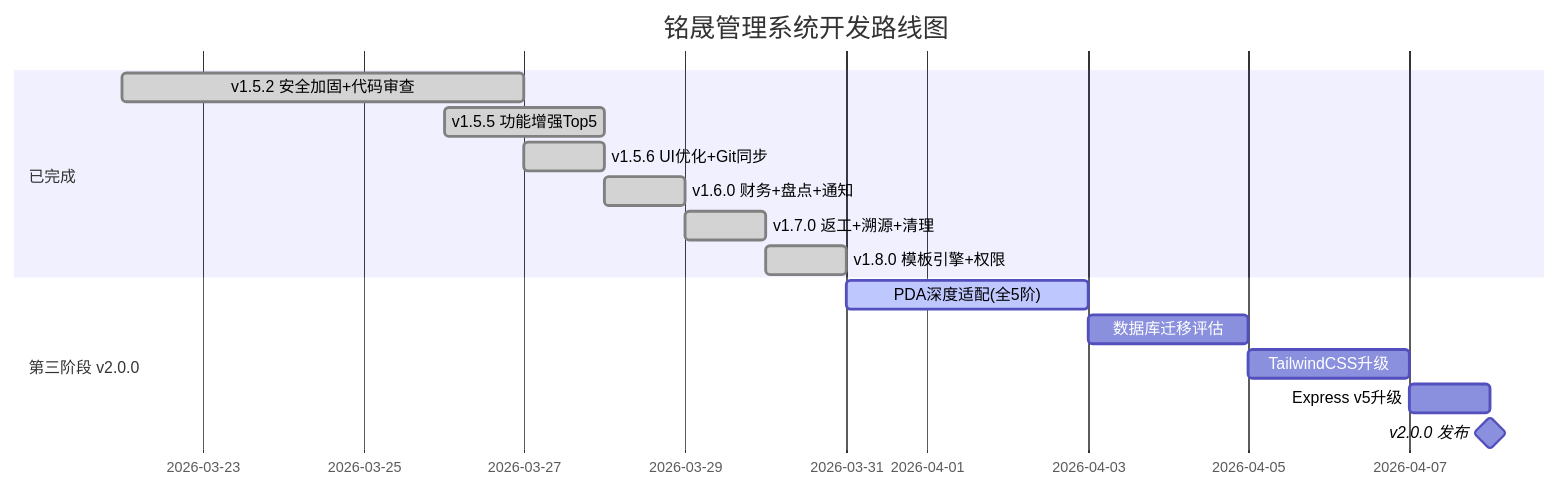
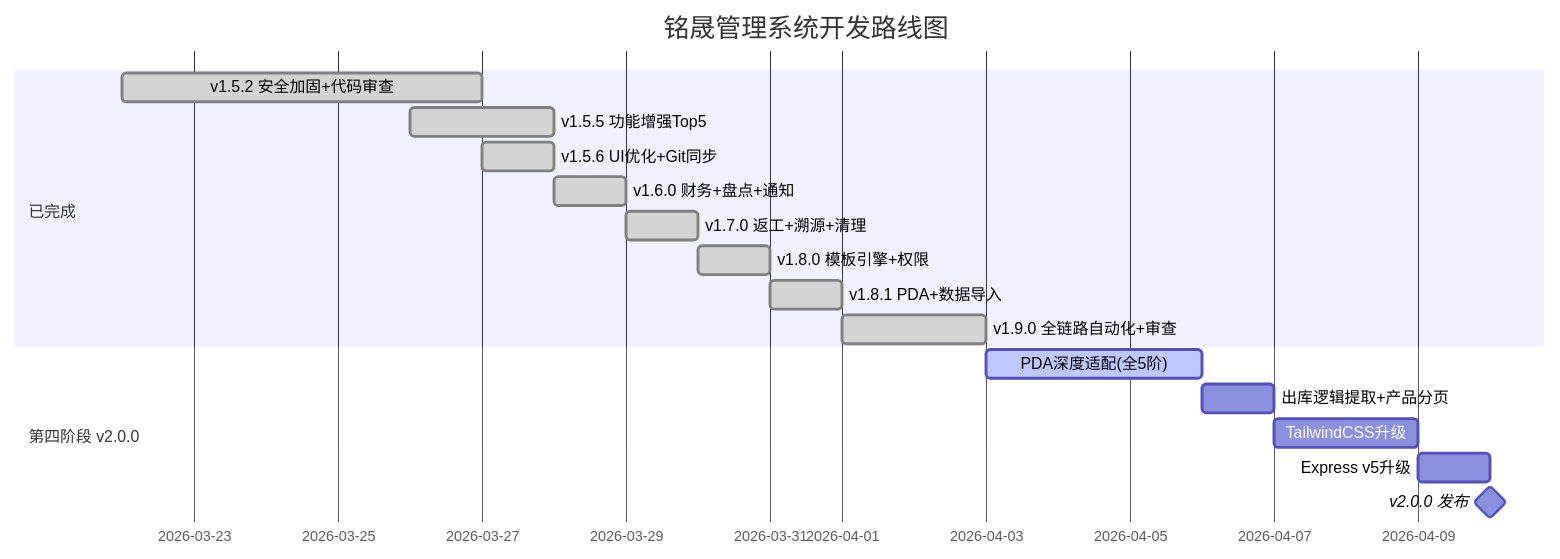
Before and after one commit to sun19990529-code/-erp: the diagram in optimization_roadmap.md, drawn with Mermaid. The commit also changed other lines of this file and 46 other files, not shown here.

````diff
--- a/optimization_roadmap.md
+++ b/optimization_roadmap.md
@@ -139,18 +167,20 @@
 ```mermaid
 gantt
     title 铭晟管理系统开发路线图
     dateFormat  YYYY-MM-DD
     section 已完成
     v1.5.2 安全加固+代码审查    :done, d1, 2026-03-22, 5d
     v1.5.5 功能增强Top5          :done, d2, 2026-03-26, 2d
     v1.5.6 UI优化+Git同步       :done, d3, 2026-03-27, 1d
     v1.6.0 财务+盘点+通知       :done, d4, 2026-03-28, 1d
     v1.7.0 返工+溯源+清理       :done, d5, 2026-03-29, 1d
     v1.8.0 模板引擎+权限       :done, d6, 2026-03-30, 1d
-    section 第三阶段 v2.0.0
-    PDA深度适配(全5阶)           :active, a1, 2026-03-31, 3d
-    数据库迁移评估              :a2, after a1, 2d
+    v1.8.1 PDA+数据导入        :done, d7, 2026-03-31, 1d
+    v1.9.0 全链路自动化+审查   :done, d8, 2026-04-01, 2d
+    section 第四阶段 v2.0.0
+    PDA深度适配(全5阶)           :active, a1, 2026-04-03, 3d
+    出库逻辑提取+产品分页       :a2, after a1, 1d
     TailwindCSS升级             :a3, after a2, 2d
     Express v5升级              :a4, after a3, 1d
     v2.0.0 发布                 :milestone, after a4, 0d
 ```
````
